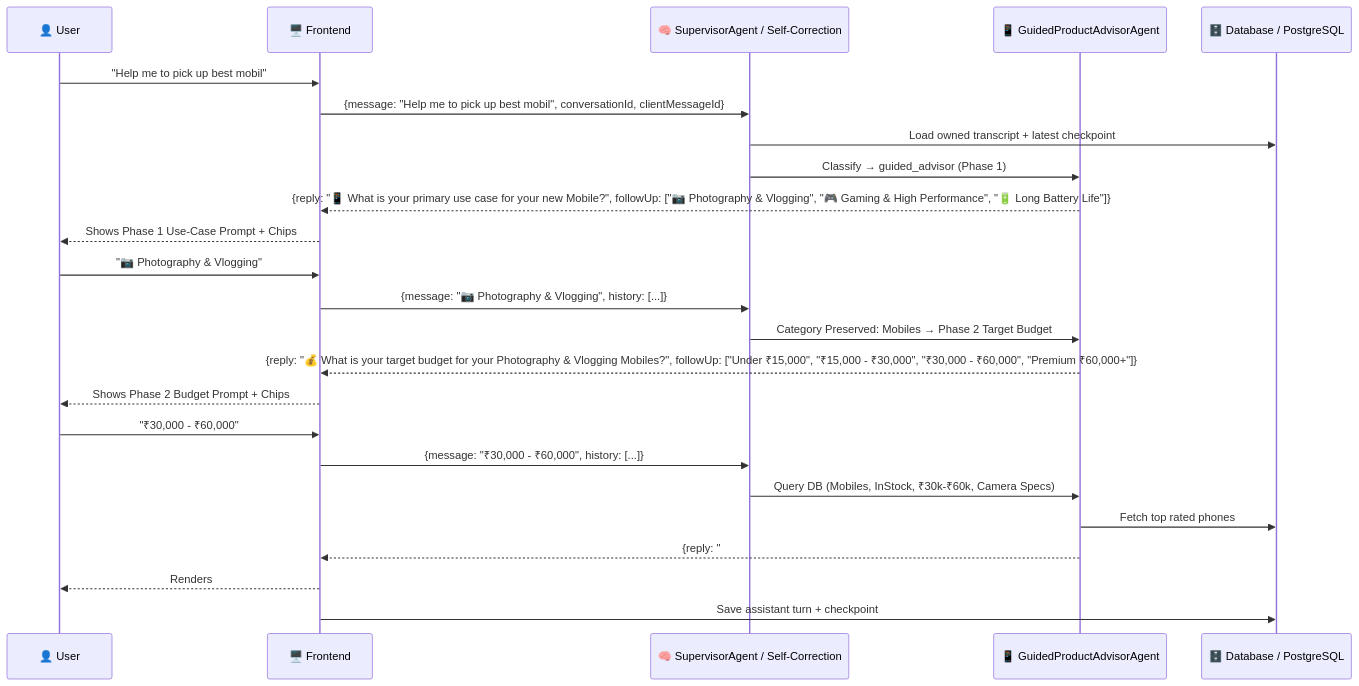
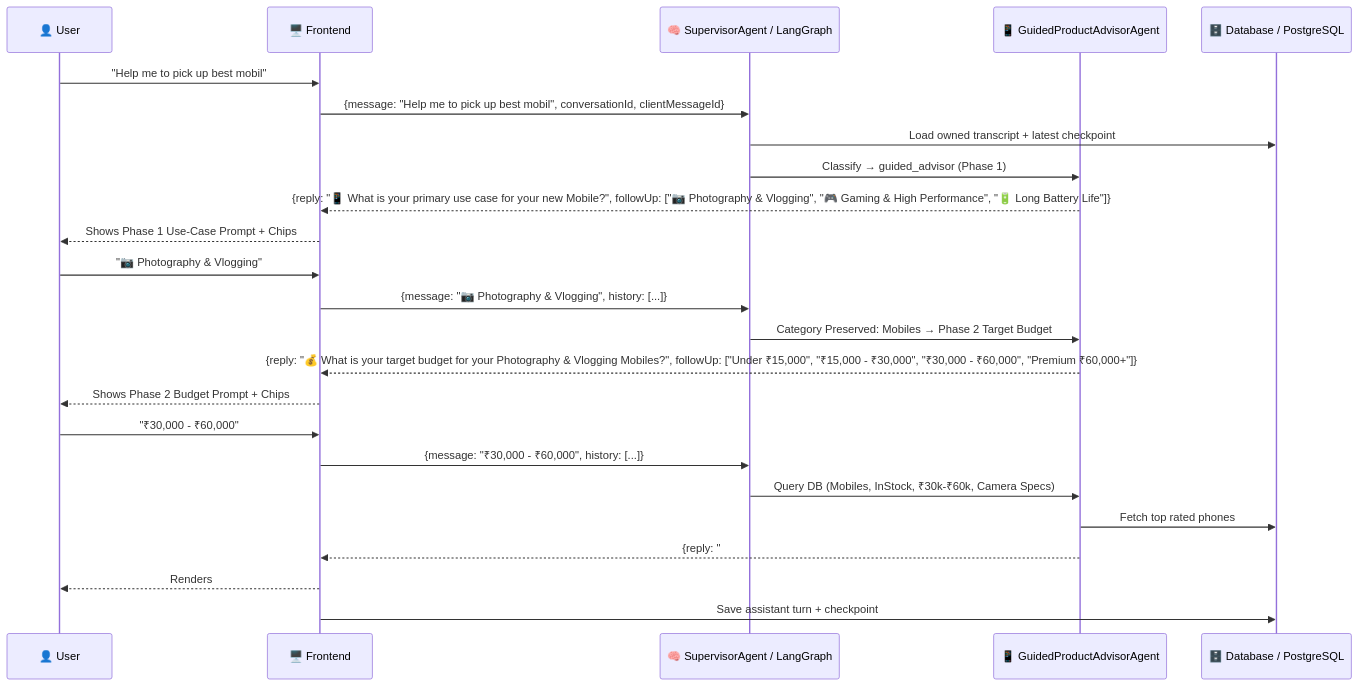
The second of 3 diagrams in docs/AGENTIC-AI-ARCHITECTURE.md (inkxe-shradha/ECommerce-Design-Suite), drawn with Mermaid before and after one commit. The commit also changed other lines of this file and 96 other files, not shown here.

Commit message:
Integrated the Langraph Multi Agent work flow

````diff
--- a/docs/AGENTIC-AI-ARCHITECTURE.md
+++ b/docs/AGENTIC-AI-ARCHITECTURE.md
@@ -73,29 +77,29 @@
 ```mermaid
 sequenceDiagram
     participant U as 👤 User
     participant FE as 🖥️ Frontend
-    participant SA as 🧠 SupervisorAgent / Self-Correction
+    participant SA as 🧠 SupervisorAgent / LangGraph
     participant GPA as 📱 GuidedProductAdvisorAgent
     participant DB as 🗄️ Database / PostgreSQL
 
     U->>FE: "Help me to pick up best mobil"
     FE->>SA: {message: "Help me to pick up best mobil", conversationId, clientMessageId}
     SA->>DB: Load owned transcript + latest checkpoint
     SA->>GPA: Classify → guided_advisor (Phase 1)
     GPA-->>FE: {reply: "📱 What is your primary use case for your new Mobile?", followUp: ["📷 Photography & Vlogging", "🎮 Gaming & High Performance", "🔋 Long Battery Life"]}
     FE-->>U: Shows Phase 1 Use-Case Prompt + Chips
 
     U->>FE: "📷 Photography & Vlogging"
     FE->>SA: {message: "📷 Photography & Vlogging", history: [...]}
     SA->>GPA: Category Preserved: Mobiles → Phase 2 Target Budget
     GPA-->>FE: {reply: "💰 What is your target budget for your Photography & Vlogging Mobiles?", followUp: ["Under ₹15,000", "₹15,000 - ₹30,000", "₹30,000 - ₹60,000", "Premium ₹60,000+"]}
     FE-->>U: Shows Phase 2 Budget Prompt + Chips
 
     U->>FE: "₹30,000 - ₹60,000"
     FE->>SA: {message: "₹30,000 - ₹60,000", history: [...]}
     SA->>GPA: Query DB (Mobiles, InStock, ₹30k-₹60k, Camera Specs)
     GPA->>DB: Fetch top rated phones
     GPA-->>FE: {reply: "## 🌟 #1 Recommended Choice: Galaxy S21 (Variant) — ₹57,822", products[3], followUp: ["Yes, add best match to cart", "Show cheaper option", "Can I save with a coupon?"]}
     FE-->>U: Renders #1 Best Match + Rationale + Top Alternatives + Action Chips
     FE->>DB: Save assistant turn + checkpoint
 ```
````
